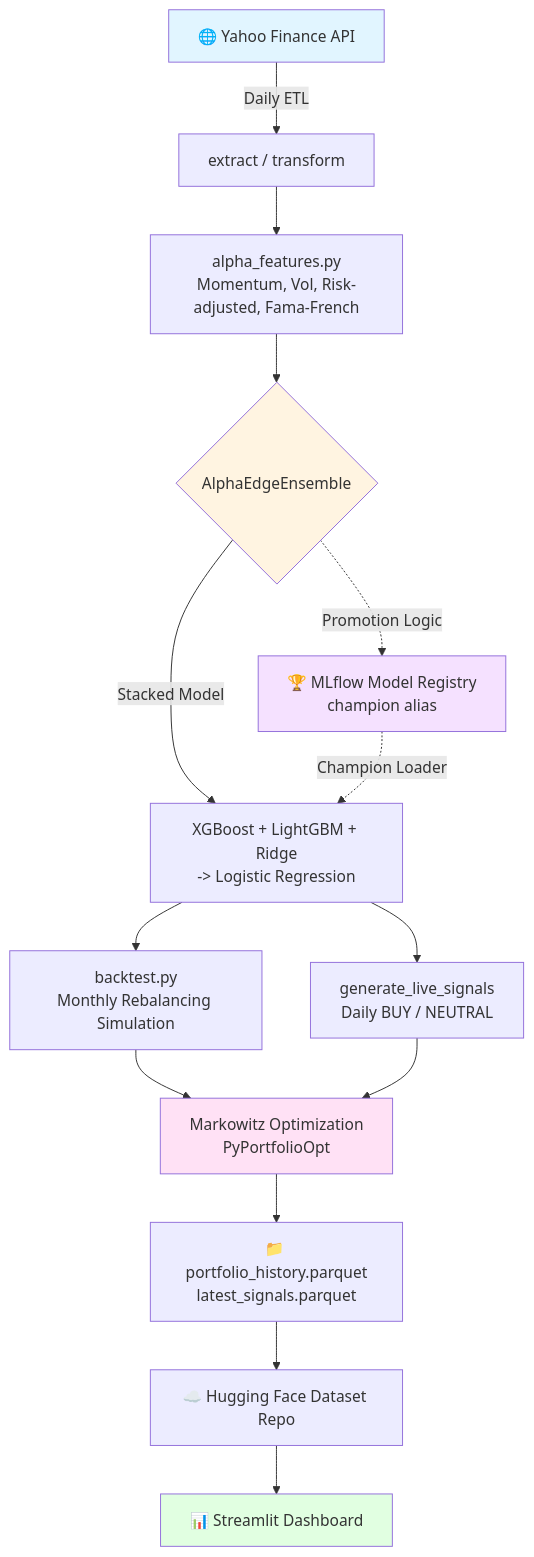
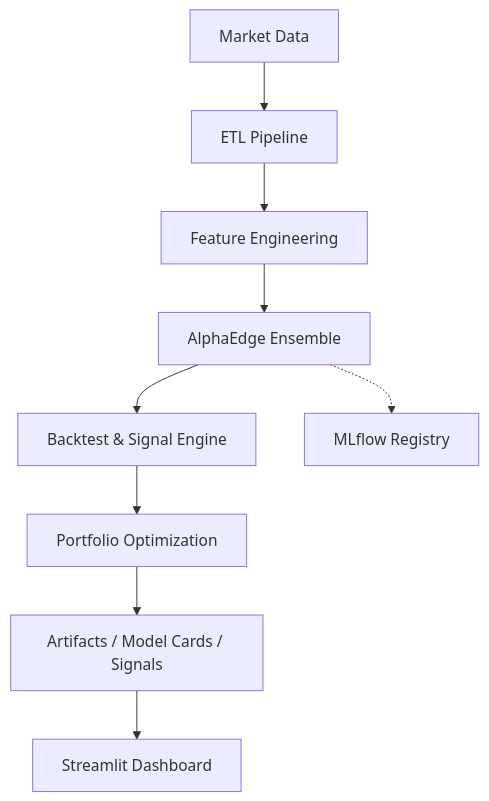
The diagram in README.md (SORADATA/Quantitative-AlphaEdge-AI), drawn with Mermaid before and after one commit. The commit also changed other lines of this file, not shown here.

````diff
--- a/README.md
+++ b/README.md
@@ -346,25 +76,11 @@
 ```mermaid
 graph TB
-    A[🌐 Yahoo Finance API] -->|Daily ETL| B[extract / transform]
-    B --> C[alpha_features.py<br/>Momentum, Vol, Risk-adjusted, Fama-French]
-    C --> D{AlphaEdgeEnsemble}
-    D -->|Stacked Model| E[XGBoost + LightGBM + Ridge<br/>-> Logistic Regression]
-    E --> F[backtest.py<br/>Monthly Rebalancing Simulation]
-    E --> G[generate_live_signals<br/>Daily BUY / NEUTRAL]
-    F --> H[Markowitz Optimization<br/>PyPortfolioOpt]
-    G --> H
-    H --> I[📁 portfolio_history.parquet<br/>latest_signals.parquet]
-    I --> J[☁️ Hugging Face Dataset Repo]
-    J --> K[📊 Streamlit Dashboard]
-
-
-    D -.->|Promotion Logic| L[🏆 MLflow Model Registry<br/>champion alias]
-    L -.->|Champion Loader| E
-
-
-    style A fill:#e1f5ff
-    style D fill:#fff4e1
-    style H fill:#ffe1f5
-    style K fill:#e1ffe1
-    style L fill:#f5e1ff
+    A[Market Data] --> B[ETL Pipeline]
+    B --> C[Feature Engineering]
+    C --> D[AlphaEdge Ensemble]
+    D --> E[Backtest & Signal Engine]
+    E --> F[Portfolio Optimization]
+    F --> G[Artifacts / Model Cards / Signals]
+    G --> H[Streamlit Dashboard]
+    D -.-> I[MLflow Registry]
 ```
````
